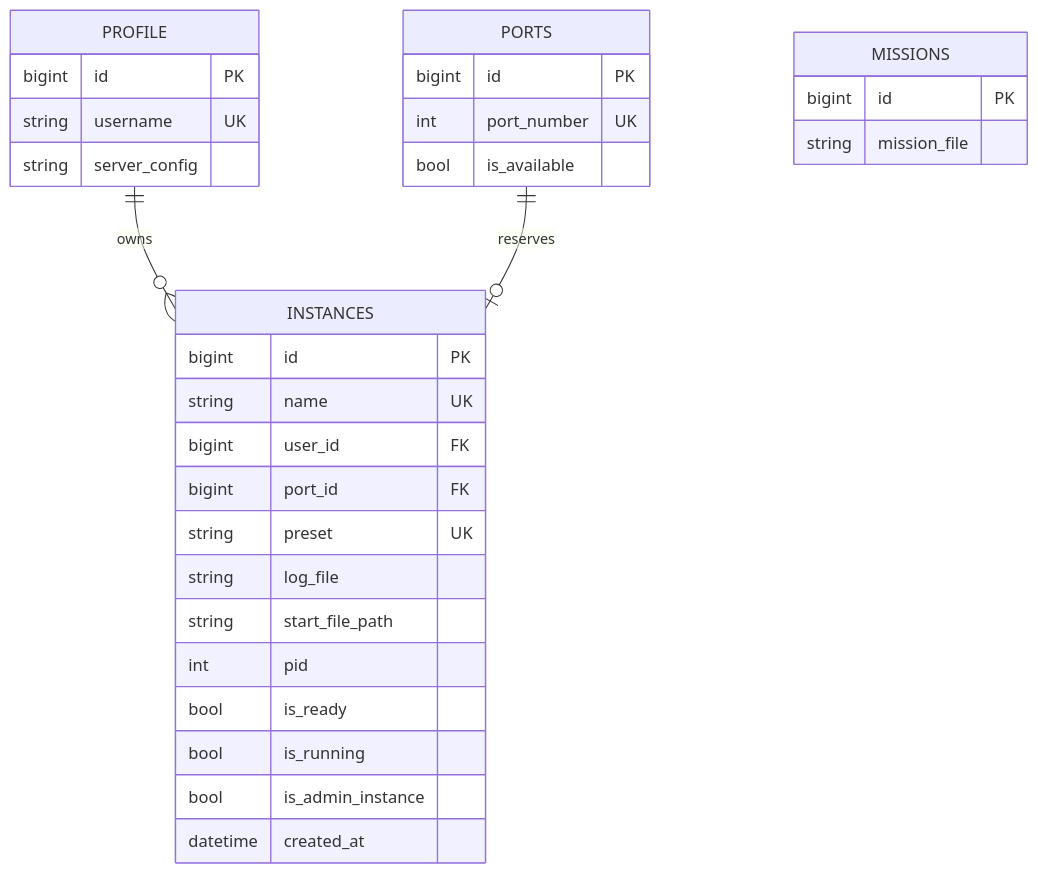
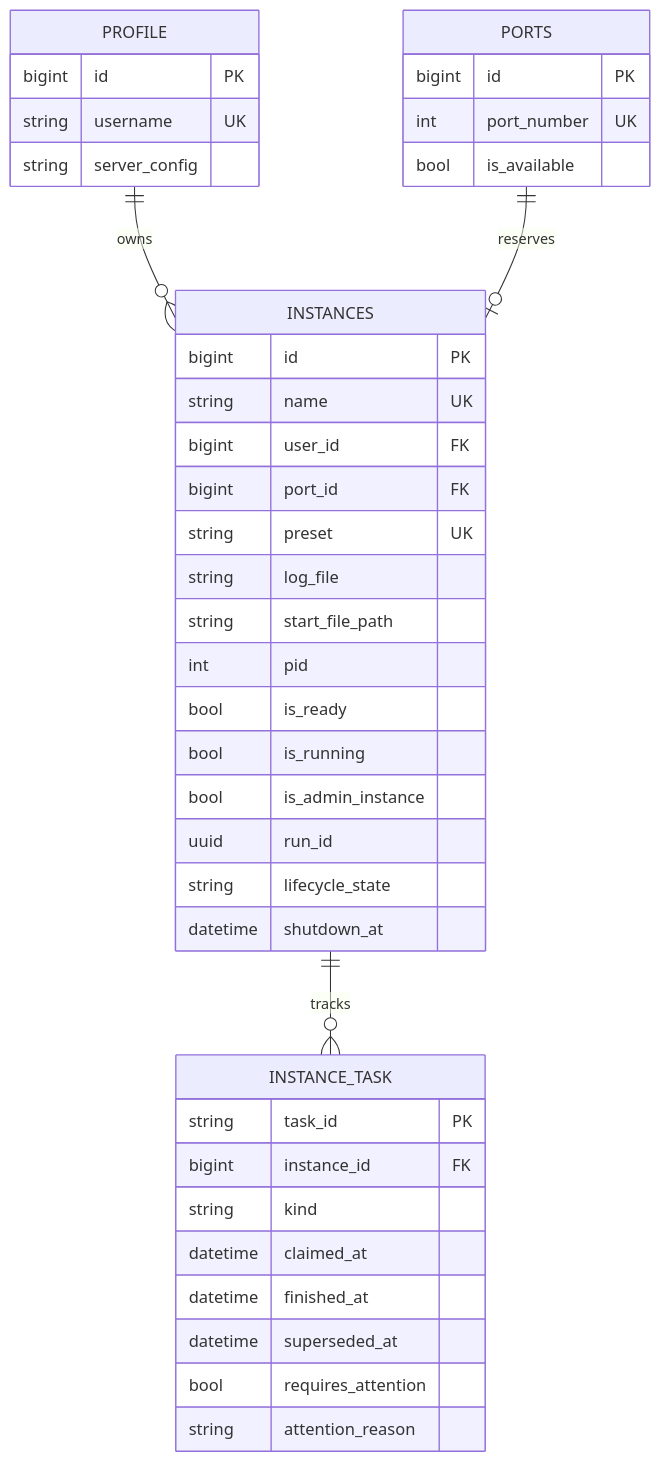
The diagram in docs/data-model.md (Bartolini515/ArmaServerManager), drawn with Mermaid before and after one commit. The commit also changed other lines of this file and 11 other files, not shown here.

````diff
--- a/docs/data-model.md
+++ b/docs/data-model.md
@@ -27,33 +55,42 @@
 ```mermaid
 erDiagram
     PROFILE ||--o{ INSTANCES : owns
     PORTS ||--o| INSTANCES : reserves
+    INSTANCES ||--o{ INSTANCE_TASK : tracks
     PROFILE {
         bigint id PK
         string username UK
         string server_config
     }
     INSTANCES {
         bigint id PK
         string name UK
         bigint user_id FK
         bigint port_id FK
         string preset UK
         string log_file
         string start_file_path
         int pid
         bool is_ready
         bool is_running
         bool is_admin_instance
-        datetime created_at
+        uuid run_id
+        string lifecycle_state
+        datetime shutdown_at
     }
     PORTS {
         bigint id PK
         int port_number UK
         bool is_available
     }
-    MISSIONS {
-        bigint id PK
-        string mission_file
+    INSTANCE_TASK {
+        string task_id PK
+        bigint instance_id FK
+        string kind
+        datetime claimed_at
+        datetime finished_at
+        datetime superseded_at
+        bool requires_attention
+        string attention_reason
     }
 ```
````
